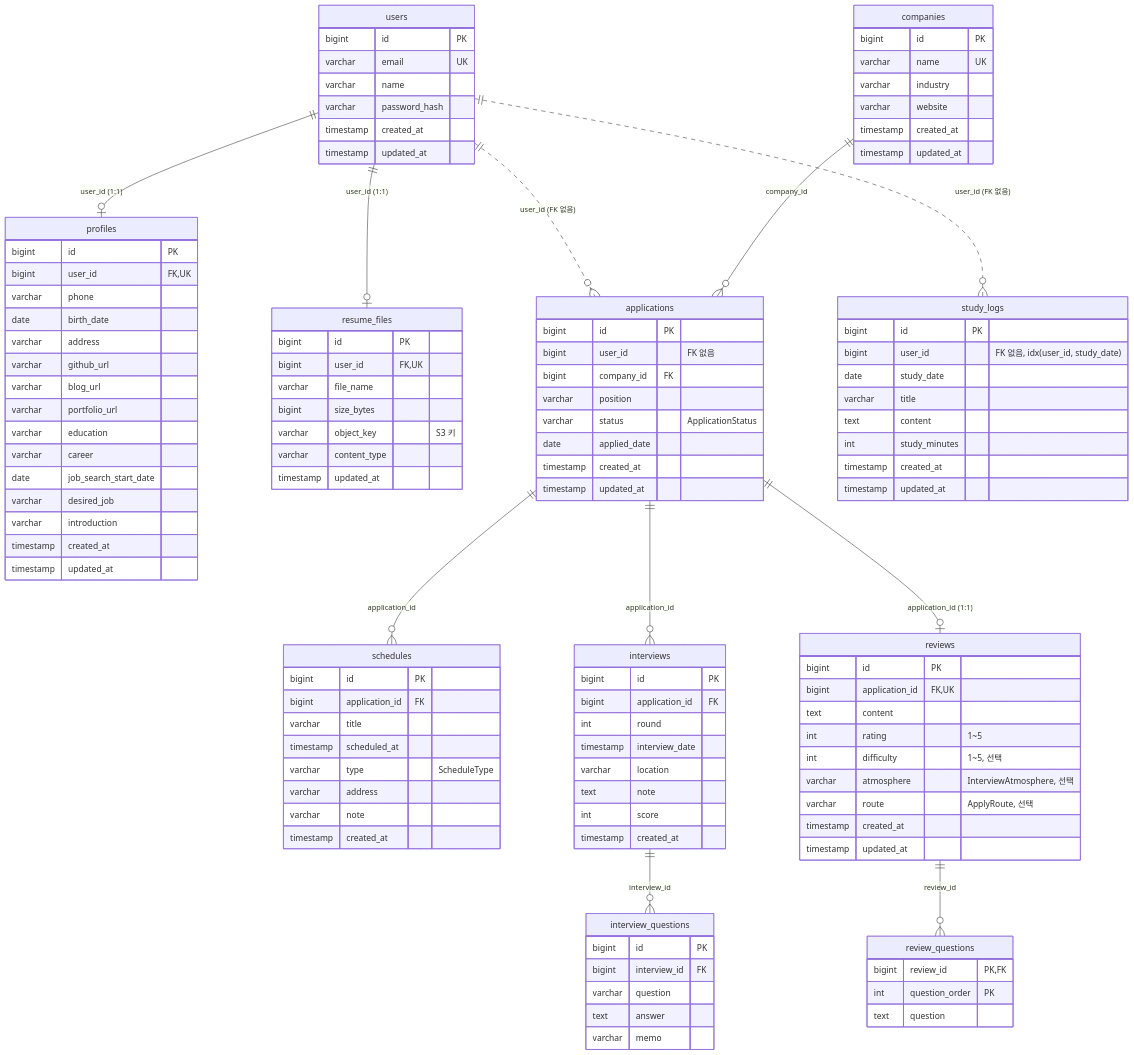
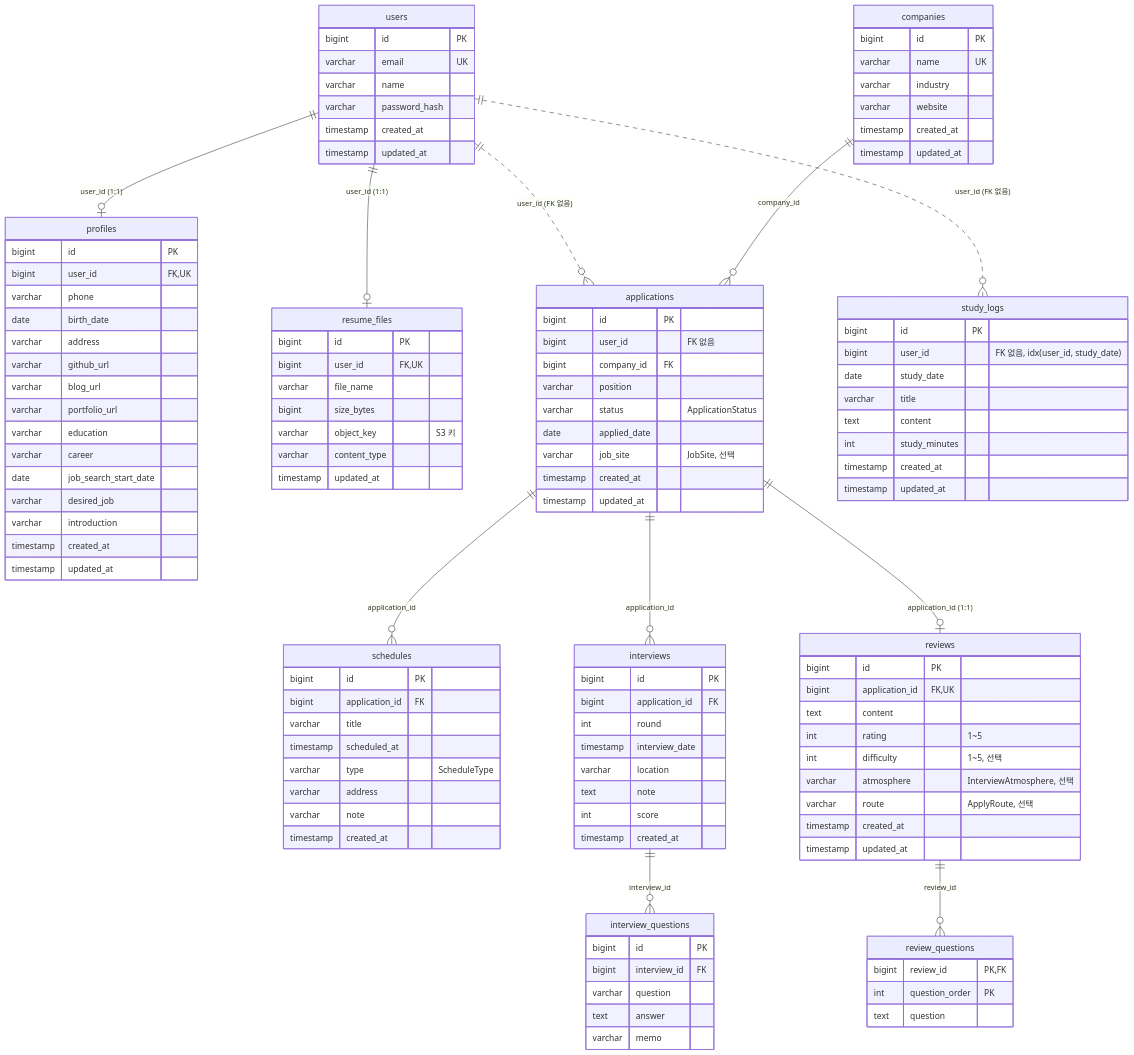
The diagram in docs/ERD.md (MyeongSooJang/job-tracker), drawn with Mermaid before and after one commit. The commit also changed 5 other files, not shown here.

```diff
--- a/docs/ERD.md
+++ b/docs/ERD.md
@@ -64,6 +64,7 @@
         varchar position
         varchar status "ApplicationStatus"
         date applied_date
+        varchar job_site "JobSite, 선택"
         timestamp created_at
         timestamp updated_at
     }
```
